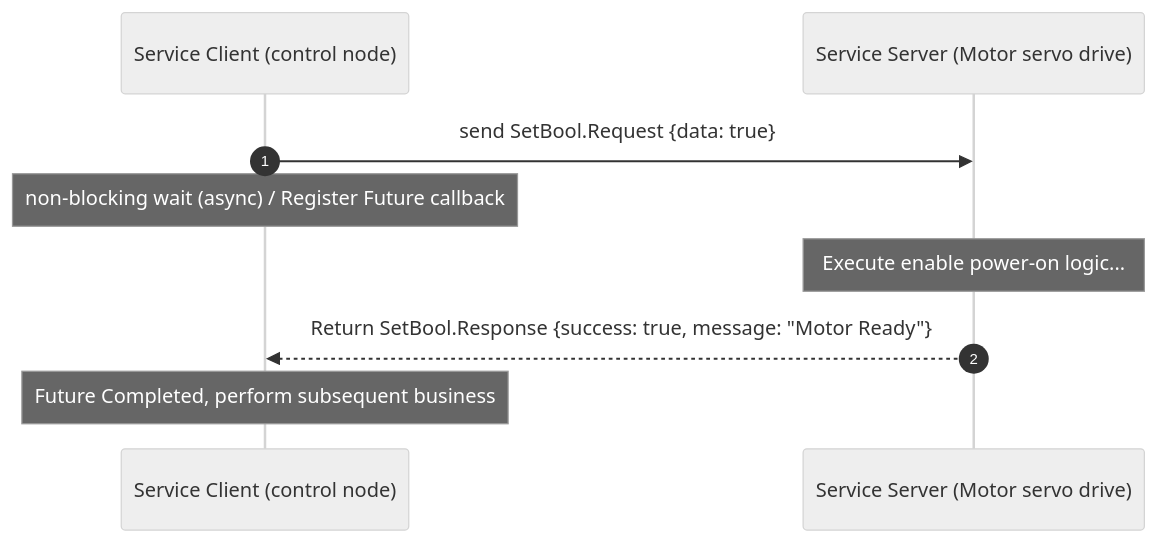
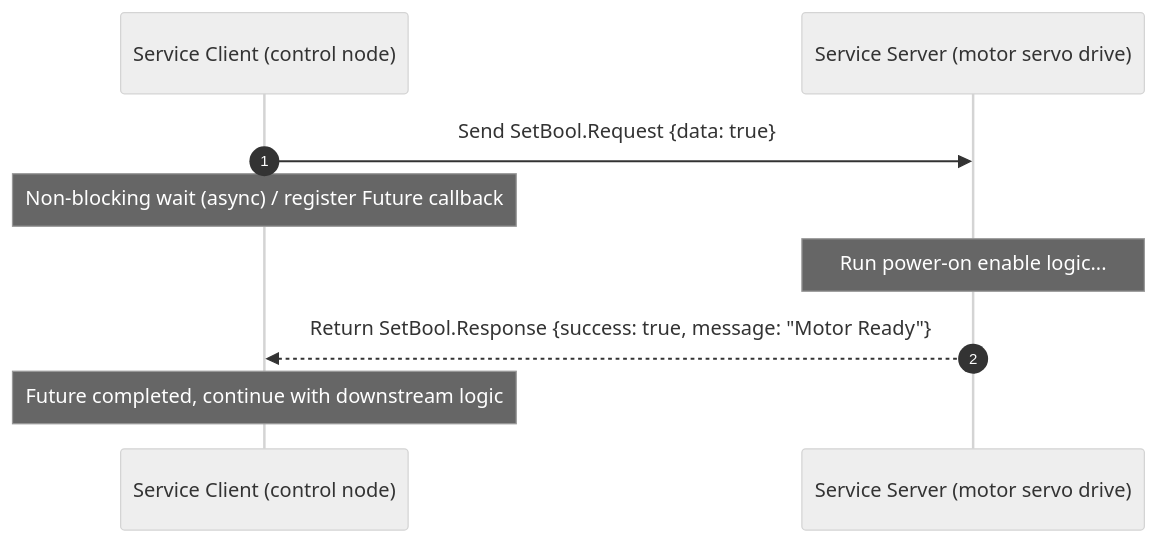
Before and after one commit to TingdeLiu/tingdeliu.github.io: the eighth of 21 diagrams in _translations/en/research/ROS2-Survey.md, drawn with Mermaid (neutral theme). The commit also changed other lines of this file and 51 other files, not shown here.

````diff
--- a/_translations/en/research/ROS2-Survey.md
+++ b/_translations/en/research/ROS2-Survey.md
@@ -451,12 +451,12 @@
 ```mermaid
 sequenceDiagram
     autonumber
     participant C as Service Client (control node)
-    participant S as Service Server (Motor servo drive)
+    participant S as Service Server (motor servo drive)
 
-    C->>S: send SetBool.Request {data: true}
-    Note over C: non-blocking wait (async) / Register Future callback
-    Note over S: Execute enable power-on logic...
+    C->>S: Send SetBool.Request {data: true}
+    Note over C: Non-blocking wait (async) / register Future callback
+    Note over S: Run power-on enable logic...
     S-->>C: Return SetBool.Response {success: true, message: "Motor Ready"}
-    Note over C: Future Completed, perform subsequent business
+    Note over C: Future completed, continue with downstream logic
 ```
````
